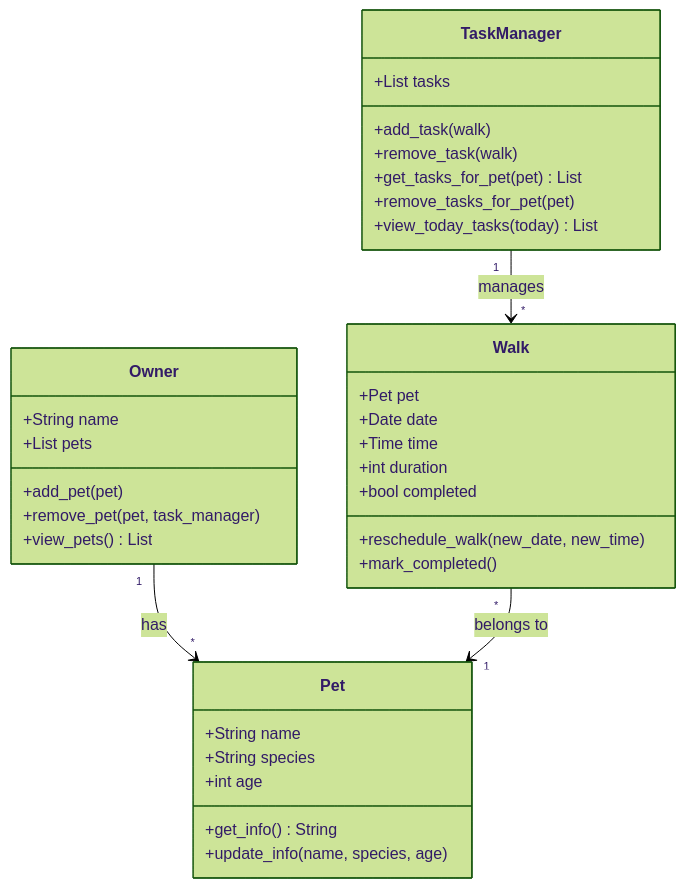
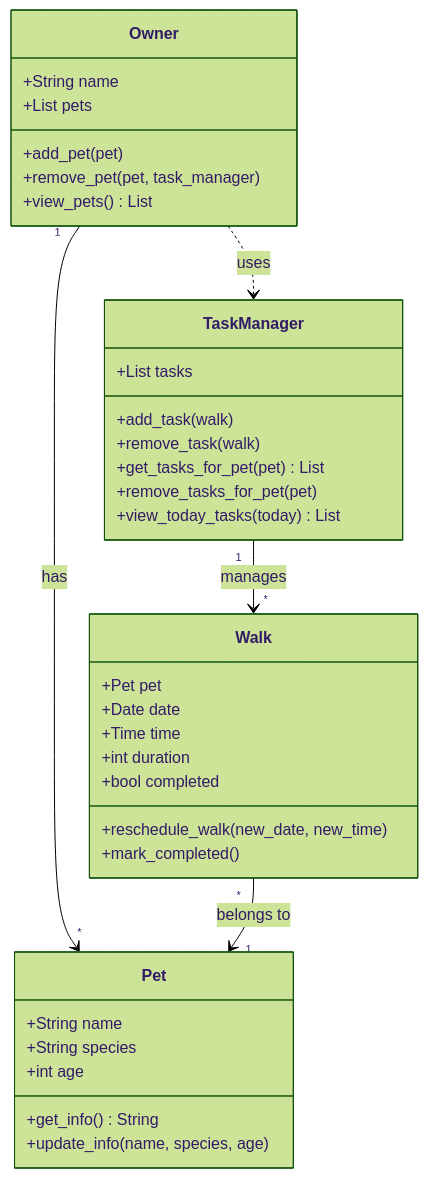
One commit to earthtonaila/ai110-module2show-pawpal-starter changed the diagram in diagrams/uml_draft.mmd. Above: the diagram before and after it, drawn with Mermaid (forest theme). The commit also changed 5 other files, not shown here.

Commit message:
feat: update README with a sample output and implementation summary; update UML diagram; implement main application logic

```diff
--- a/diagrams/uml_draft.mmd
+++ b/diagrams/uml_draft.mmd
@@ -1,39 +1,40 @@
 classDiagram
     class Owner {
         +String name
         +List pets
         +add_pet(pet)
         +remove_pet(pet, task_manager)
         +view_pets() List
     }
 
     class Pet {
         +String name
         +String species
         +int age
         +get_info() String
         +update_info(name, species, age)
     }
 
     class Walk {
         +Pet pet
         +Date date
         +Time time
         +int duration
         +bool completed
         +reschedule_walk(new_date, new_time)
         +mark_completed()
     }
 
     class TaskManager {
         +List tasks
         +add_task(walk)
         +remove_task(walk)
         +get_tasks_for_pet(pet) List
         +remove_tasks_for_pet(pet)
         +view_today_tasks(today) List
     }
 
     Owner "1" --> "*" Pet : has
     Walk "*" --> "1" Pet : belongs to
     TaskManager "1" --> "*" Walk : manages
+    Owner ..> TaskManager : uses
```
